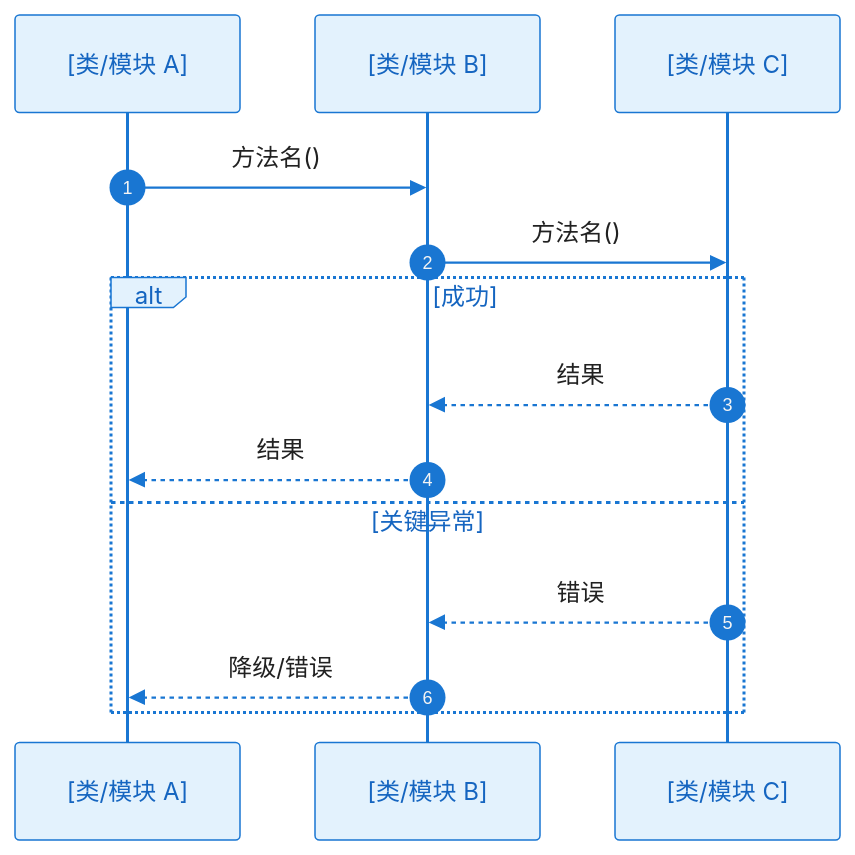
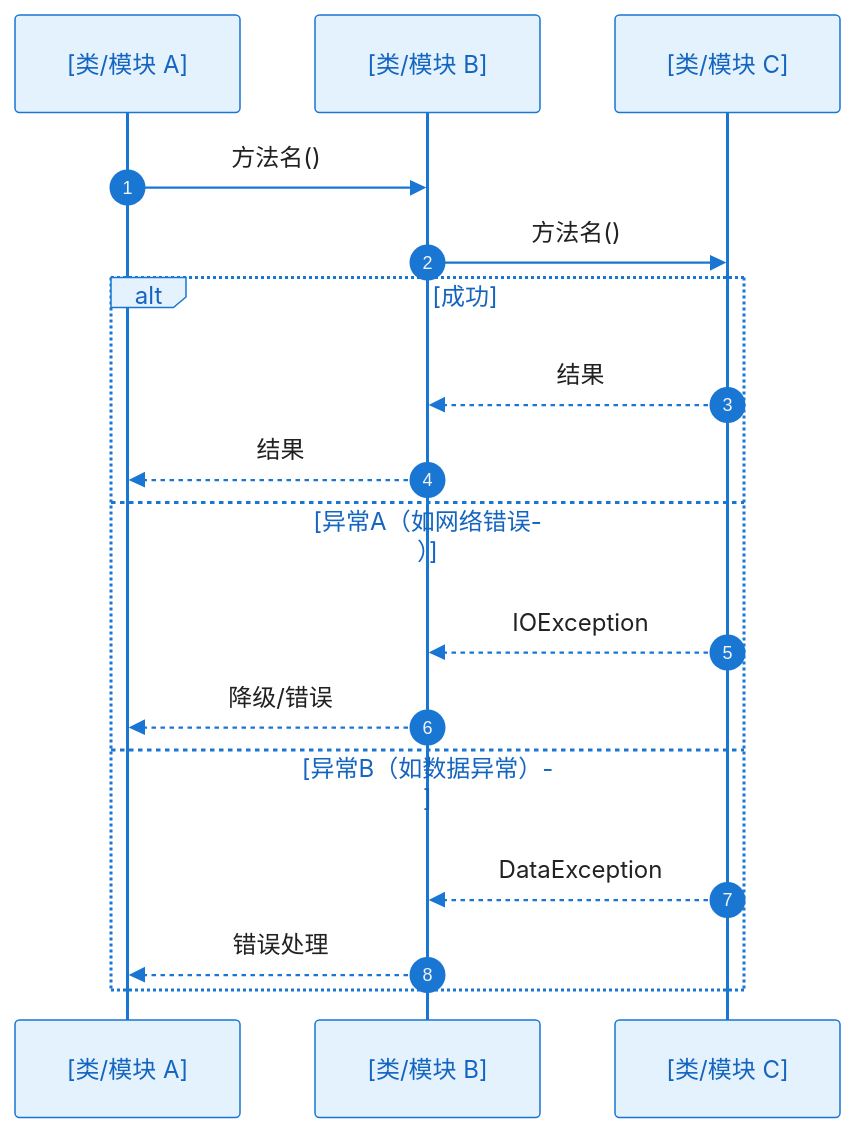
Before and after one commit to jackykarma/Verity: the fifth of 5 diagrams in .specify/templates/key-func-design-kd-template.md, drawn with Mermaid. The commit also changed other lines of this file and 179 other files, not shown here.

````diff
--- a/.specify/templates/key-func-design-kd-template.md
+++ b/.specify/templates/key-func-design-kd-template.md
@@ -232,17 +217,20 @@
 ```mermaid
 %%{init: {'theme': 'base', 'themeVariables': { 'actorBkg': '#E3F2FD', 'actorBorder': '#1976D2', 'actorTextColor': '#1565C0', 'signalColor': '#1976D2', 'signalTextColor': '#212121', 'noteBkgColor': '#FFF8E1', 'noteBorderColor': '#FFC107'}}}%%
 sequenceDiagram
   autonumber
   participant A as [类/模块 A]
   participant B as [类/模块 B]
   participant C as [类/模块 C]
   A->>B: 方法名()
   B->>C: 方法名()
   alt 成功
     C-->>B: 结果
     B-->>A: 结果
-  else 关键异常
-    C-->>B: 错误
+  else 异常A（如网络错误）
+    C-->>B: IOException
     B-->>A: 降级/错误
+  else 异常B（如数据异常）
+    C-->>B: DataException
+    B-->>A: 错误处理
   end
 ```
````
